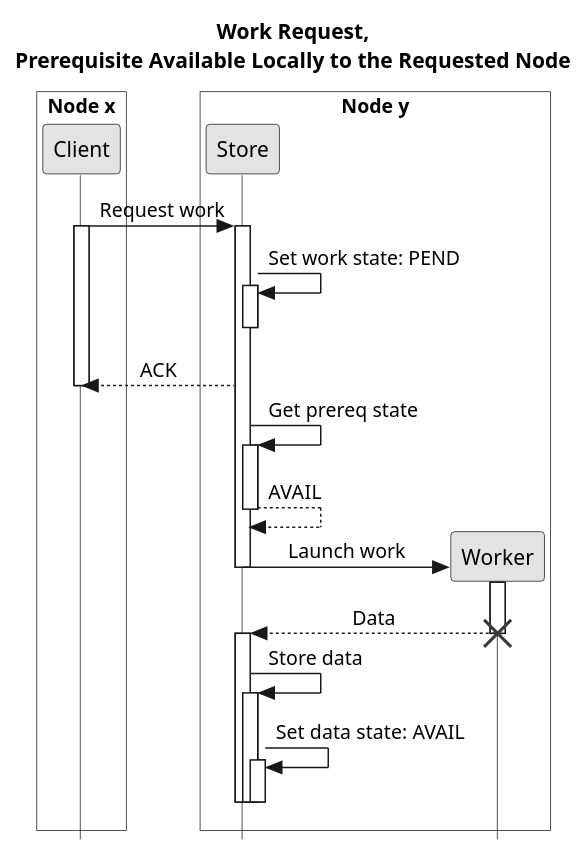
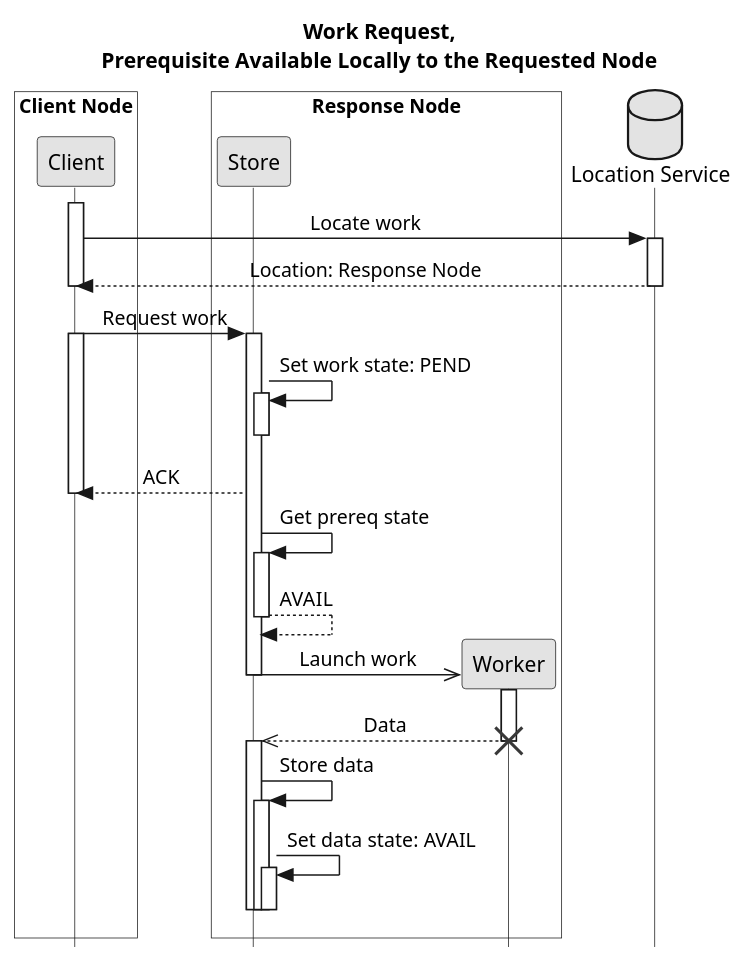
One commit to jcai849/jcai849.github.io changed the diagram in research/comm-la.puml. Above: the diagram before and after it, drawn with PlantUML. The commit also changed 14 other files, not shown here.

```diff
--- a/research/comm-la.puml
+++ b/research/comm-la.puml
@@ -1,34 +1,40 @@
 @startuml
 skinparam monochrome true
 skinparam shadowing false
 skinparam style strictuml
 skinparam LifelineStrategy nosolid
 skinparam sequenceMessageAlign center
 title Work Request,\nPrerequisite Available Locally to the Requested Node
 
-box "Node x" #ffffff
+box "Client Node" #ffffff
 participant Client as client
 end box
-box "Node y" #ffffff
+box "Response Node" #ffffff
 participant Store as store
 participant Worker as worker
 end box
+database "Location Service" as ls
 
+activate client
+client -> ls: Locate work
+activate ls
+return Location: Response Node
+deactivate client
 client -> store ++: Request work
 activate client
 store -> store ++--: Set work state: PEND
 store --> client: ACK
 deactivate client
 store -> store ++: Get prereq state
 return AVAIL
-store -> worker **: Launch work
+store ->> worker **: Launch work
 deactivate store
 activate worker
 return Data
 destroy worker
 activate store
 store -> store ++: Store data
 store -> store ++--: Set data state: AVAIL
 deactivate store
 deactivate store
 @enduml
```
